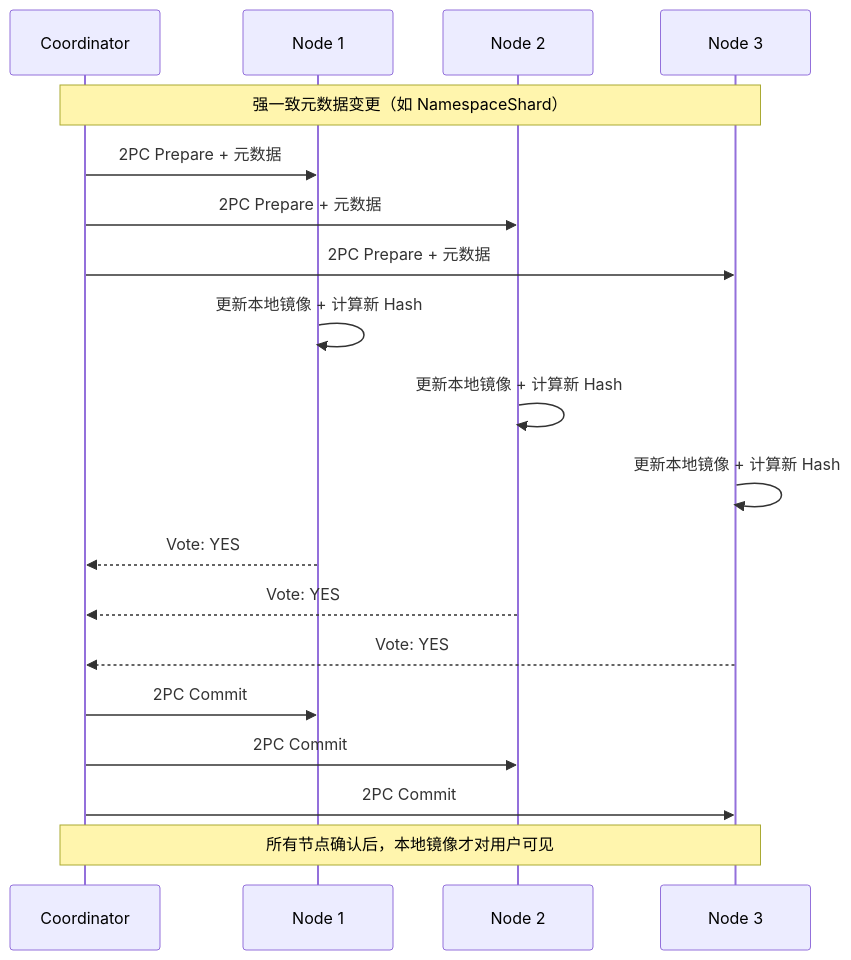
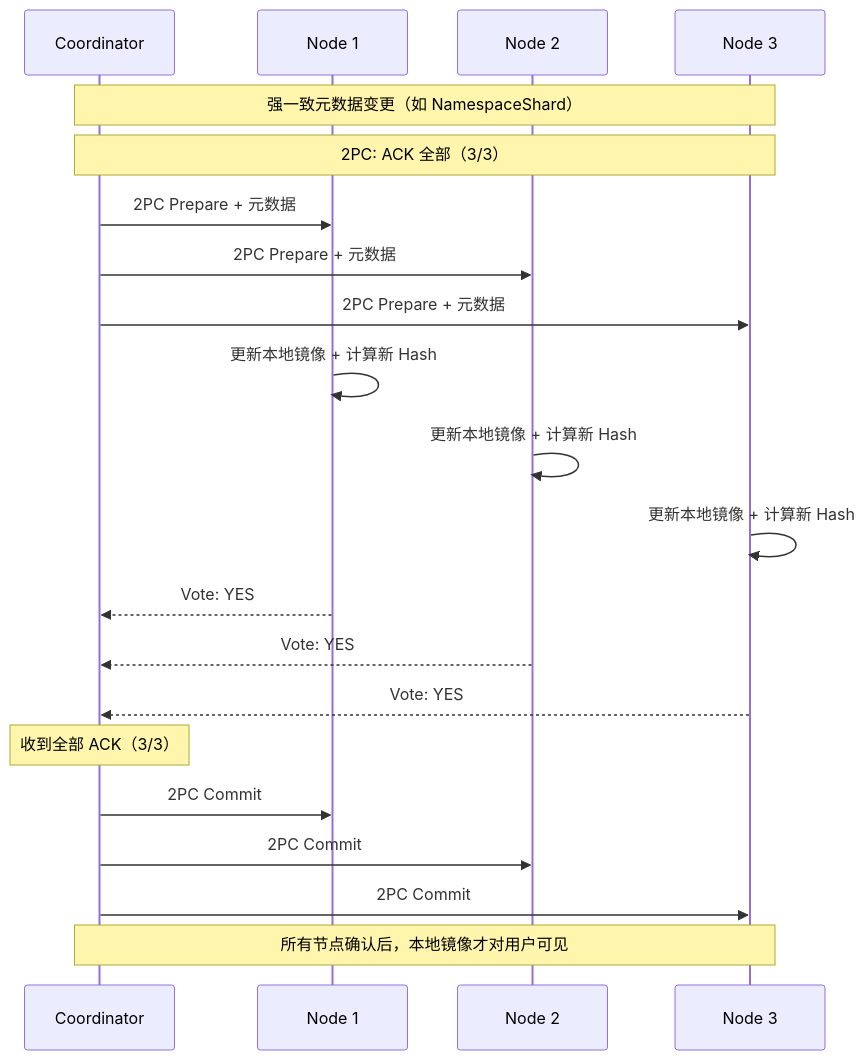
One commit to jzhang405/NexKV changed the third of 4 diagrams in docs/07_spike/tree-coordinator-merkle-tree.md. Above: the diagram before and after it, drawn with Mermaid. The commit also changed other lines of this file and 2 other files, not shown here.

````diff
--- a/docs/07_spike/tree-coordinator-merkle-tree.md
+++ b/docs/07_spike/tree-coordinator-merkle-tree.md
@@ -257,27 +266,29 @@
 ```mermaid
 sequenceDiagram
     participant C as Coordinator
     participant N1 as Node 1
     participant N2 as Node 2
     participant N3 as Node 3
 
     Note over C,N3: 强一致元数据变更（如 NamespaceShard）
+    Note over C,N3: 2PC: ACK 全部（3/3）
 
     C->>N1: 2PC Prepare + 元数据
     C->>N2: 2PC Prepare + 元数据
     C->>N3: 2PC Prepare + 元数据
 
     N1->>N1: 更新本地镜像 + 计算新 Hash
     N2->>N2: 更新本地镜像 + 计算新 Hash
     N3->>N3: 更新本地镜像 + 计算新 Hash
 
     N1-->>C: Vote: YES
     N2-->>C: Vote: YES
     N3-->>C: Vote: YES
 
+    Note over C: 收到全部 ACK（3/3）
     C->>N1: 2PC Commit
     C->>N2: 2PC Commit
     C->>N3: 2PC Commit
 
     Note over C,N3: 所有节点确认后，本地镜像才对用户可见
 ```
````
